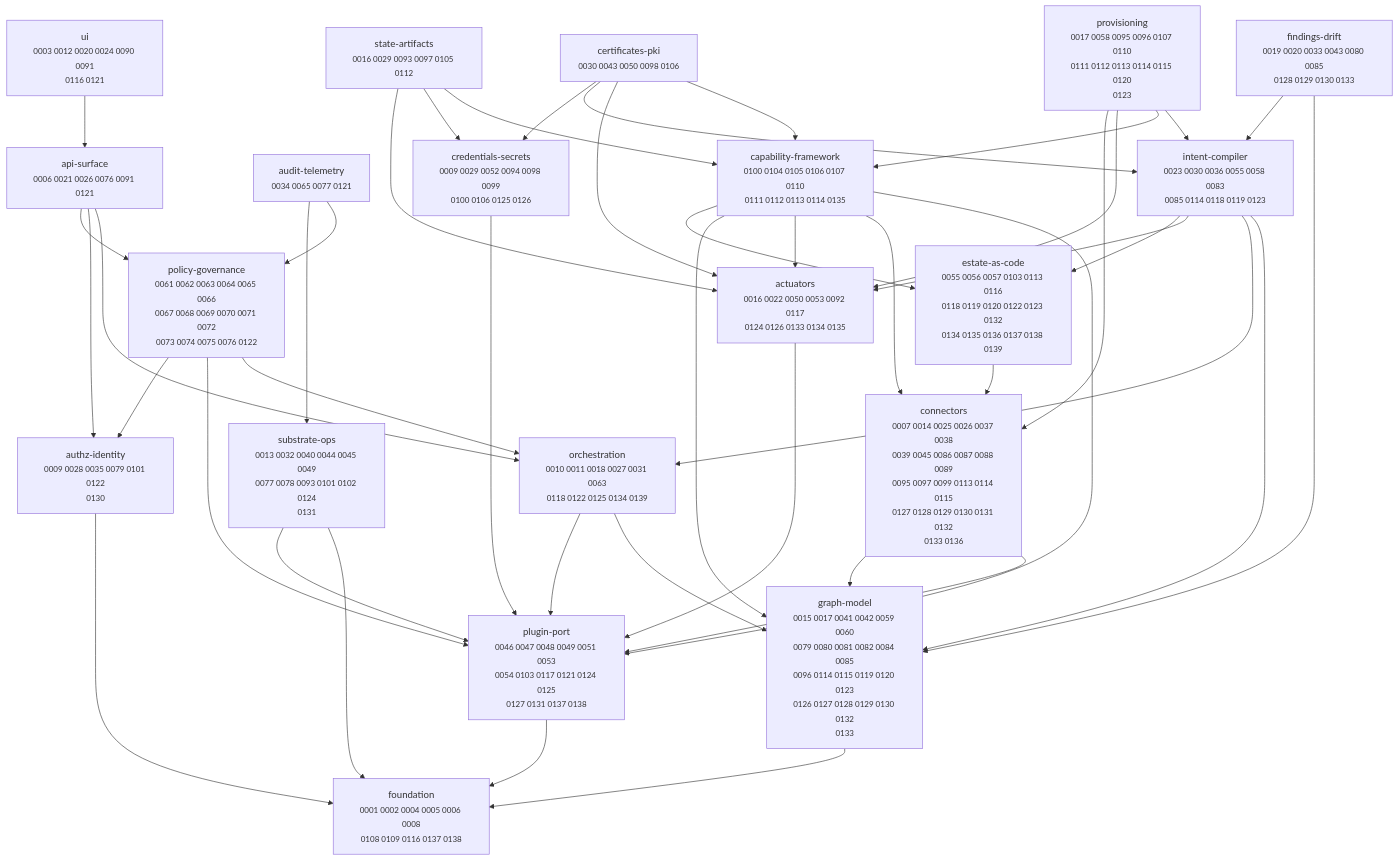
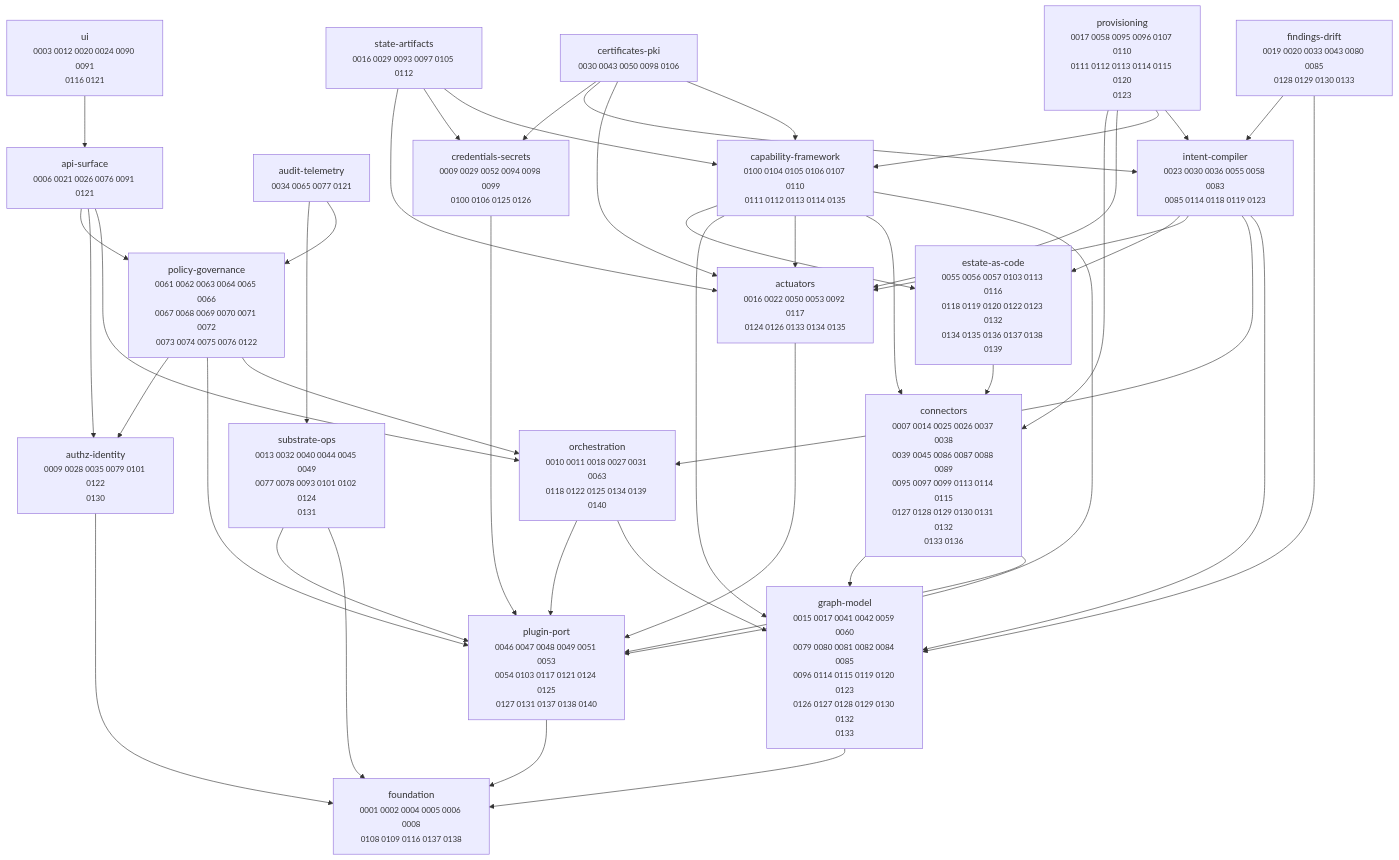
Before and after one commit to dstout-devops/stratt: the diagram in docs/adr/MAP.md, drawn with Mermaid. The commit also changed other lines of this file and 2 other files, not shown here.

First paragraph of the commit message:
docs(adr): ADR-0140 — a capability is invoked, not named (scope only)
The Action-shaped half of ADR-0138 D2, and its central finding is not the one I
went looking for. This is how the spine reaches a capability provider today:

````diff
--- a/docs/adr/MAP.md
+++ b/docs/adr/MAP.md
@@ -11,67 +11,67 @@
 ```mermaid
 graph TD
   actuators["actuators<br/><small>0016 0022 0050 0053 0092 0117<br/>0124 0126 0133 0134 0135</small>"]
   api_surface["api-surface<br/><small>0006 0021 0026 0076 0091 0121</small>"]
   audit_telemetry["audit-telemetry<br/><small>0034 0065 0077 0121</small>"]
   authz_identity["authz-identity<br/><small>0009 0028 0035 0079 0101 0122<br/>0130</small>"]
   capability_framework["capability-framework<br/><small>0100 0104 0105 0106 0107 0110<br/>0111 0112 0113 0114 0135</small>"]
   certificates_pki["certificates-pki<br/><small>0030 0043 0050 0098 0106</small>"]
   connectors["connectors<br/><small>0007 0014 0025 0026 0037 0038<br/>0039 0045 0086 0087 0088 0089<br/>0095 0097 0099 0113 0114 0115<br/>0127 0128 0129 0130 0131 0132<br/>0133 0136</small>"]
   credentials_secrets["credentials-secrets<br/><small>0009 0029 0052 0094 0098 0099<br/>0100 0106 0125 0126</small>"]
   estate_as_code["estate-as-code<br/><small>0055 0056 0057 0103 0113 0116<br/>0118 0119 0120 0122 0123 0132<br/>0134 0135 0136 0137 0138 0139</small>"]
   findings_drift["findings-drift<br/><small>0019 0020 0033 0043 0080 0085<br/>0128 0129 0130 0133</small>"]
   foundation["foundation<br/><small>0001 0002 0004 0005 0006 0008<br/>0108 0109 0116 0137 0138</small>"]
   graph_model["graph-model<br/><small>0015 0017 0041 0042 0059 0060<br/>0079 0080 0081 0082 0084 0085<br/>0096 0114 0115 0119 0120 0123<br/>0126 0127 0128 0129 0130 0132<br/>0133</small>"]
   intent_compiler["intent-compiler<br/><small>0023 0030 0036 0055 0058 0083<br/>0085 0114 0118 0119 0123</small>"]
-  orchestration["orchestration<br/><small>0010 0011 0018 0027 0031 0063<br/>0118 0122 0125 0134 0139</small>"]
-  plugin_port["plugin-port<br/><small>0046 0047 0048 0049 0051 0053<br/>0054 0103 0117 0121 0124 0125<br/>0127 0131 0137 0138</small>"]
+  orchestration["orchestration<br/><small>0010 0011 0018 0027 0031 0063<br/>0118 0122 0125 0134 0139 0140</small>"]
+  plugin_port["plugin-port<br/><small>0046 0047 0048 0049 0051 0053<br/>0054 0103 0117 0121 0124 0125<br/>0127 0131 0137 0138 0140</small>"]
   policy_governance["policy-governance<br/><small>0061 0062 0063 0064 0065 0066<br/>0067 0068 0069 0070 0071 0072<br/>0073 0074 0075 0076 0122</small>"]
   provisioning["provisioning<br/><small>0017 0058 0095 0096 0107 0110<br/>0111 0112 0113 0114 0115 0120<br/>0123</small>"]
   state_artifacts["state-artifacts<br/><small>0016 0029 0093 0097 0105 0112</small>"]
   substrate_ops["substrate-ops<br/><small>0013 0032 0040 0044 0045 0049<br/>0077 0078 0093 0101 0102 0124<br/>0131</small>"]
   ui["ui<br/><small>0003 0012 0020 0024 0090 0091<br/>0116 0121</small>"]
 
   actuators --> plugin_port
   api_surface --> orchestration
   api_surface --> authz_identity
   api_surface --> policy_governance
   audit_telemetry --> policy_governance
   audit_telemetry --> substrate_ops
   authz_identity --> foundation
   capability_framework --> plugin_port
   capability_framework --> connectors
   capability_framework --> actuators
   capability_framework --> graph_model
   capability_framework --> estate_as_code
   certificates_pki --> capability_framework
   certificates_pki --> actuators
   certificates_pki --> intent_compiler
   certificates_pki --> credentials_secrets
   connectors --> plugin_port
   connectors --> graph_model
   credentials_secrets --> plugin_port
   estate_as_code --> connectors
   findings_drift --> graph_model
   findings_drift --> intent_compiler
   graph_model --> foundation
   intent_compiler --> graph_model
   intent_compiler --> orchestration
   intent_compiler --> actuators
   intent_compiler --> estate_as_code
   orchestration --> graph_model
   orchestration --> plugin_port
   plugin_port --> foundation
   policy_governance --> orchestration
   policy_governance --> plugin_port
   policy_governance --> authz_identity
   provisioning --> intent_compiler
   provisioning --> capability_framework
   provisioning --> actuators
   provisioning --> connectors
   state_artifacts --> capability_framework
   state_artifacts --> credentials_secrets
   state_artifacts --> actuators
   substrate_ops --> foundation
   substrate_ops --> plugin_port
   ui --> api_surface
 ```
````
